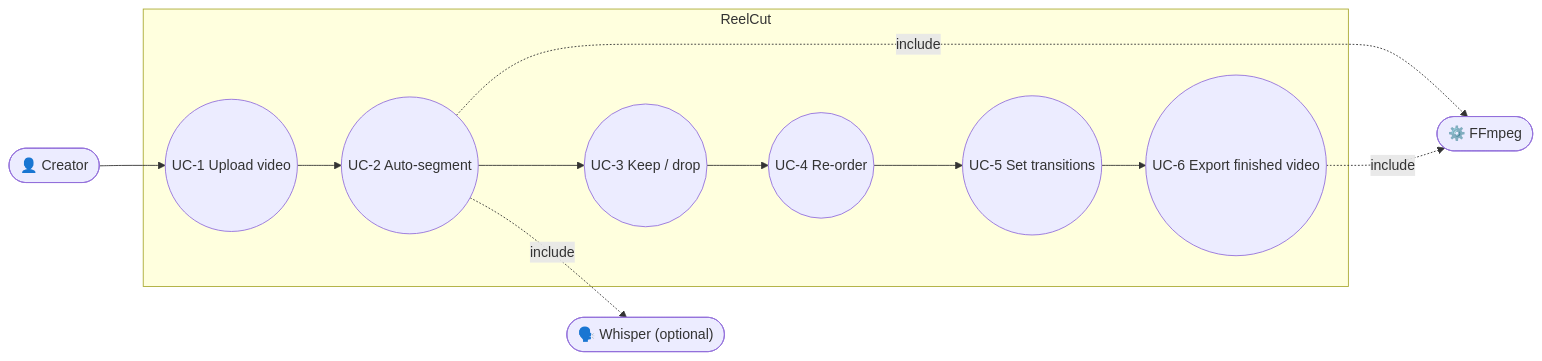
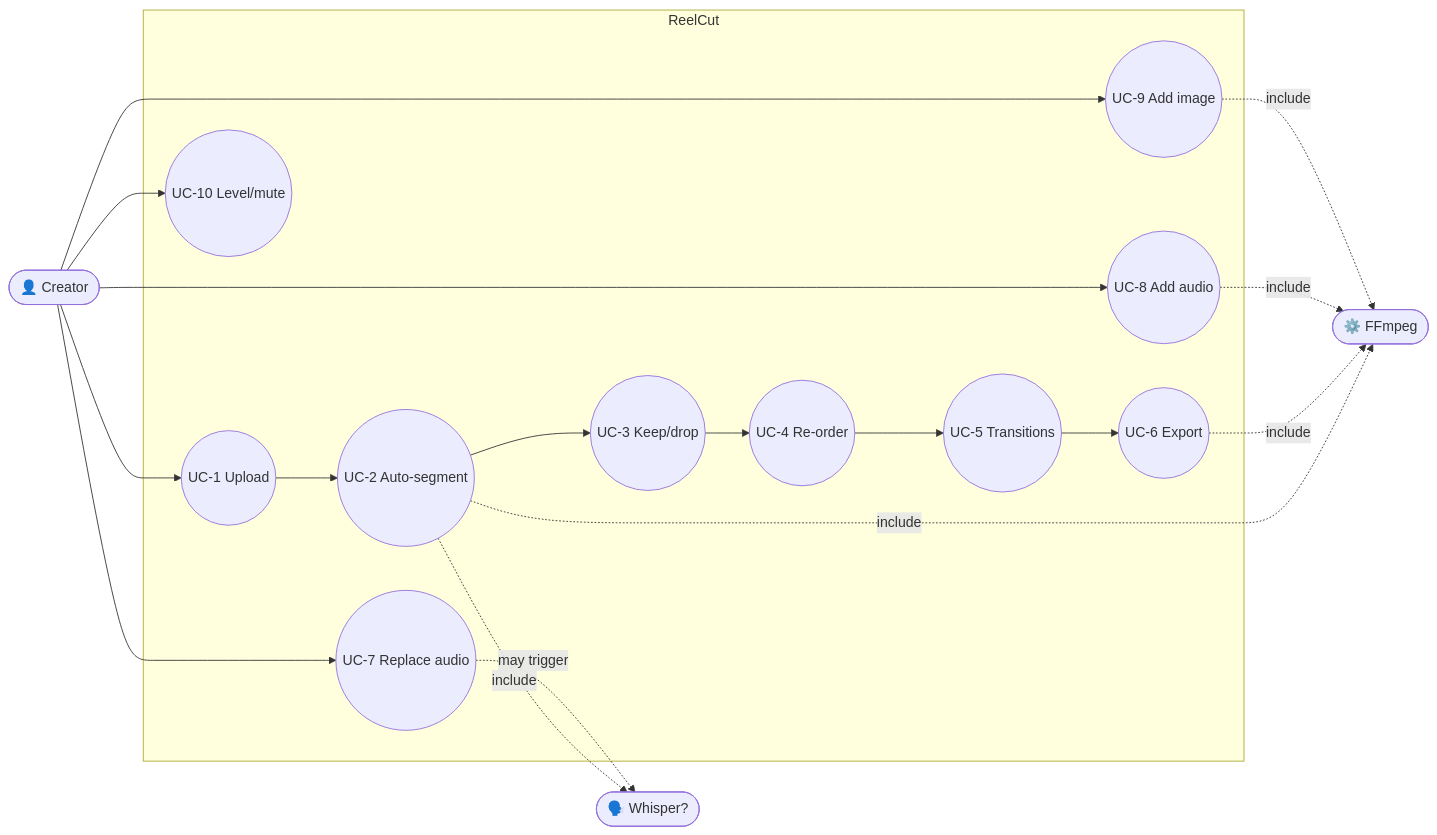
The diagram in reelcut/mbse/02-use-cases.md (KarmaPoliceGitRepo/planets), drawn with Mermaid before and after one commit. The commit also changed other lines of this file and 7 other files, not shown here.

````diff
--- a/reelcut/mbse/02-use-cases.md
+++ b/reelcut/mbse/02-use-cases.md
@@ -10,19 +11,16 @@
 ```mermaid
 flowchart LR
   Creator(["👤 Creator"])
   subgraph ReelCut
-    UC1((UC-1 Upload video))
-    UC2((UC-2 Auto-segment))
-    UC3((UC-3 Keep / drop))
-    UC4((UC-4 Re-order))
-    UC5((UC-5 Set transitions))
-    UC6((UC-6 Export finished video))
+    UC1((UC-1 Upload)); UC2((UC-2 Auto-segment)); UC3((UC-3 Keep/drop))
+    UC4((UC-4 Re-order)); UC5((UC-5 Transitions)); UC6((UC-6 Export))
+    UC7((UC-7 Replace audio)); UC8((UC-8 Add audio))
+    UC9((UC-9 Add image)); UC10((UC-10 Level/mute))
   end
-  FFmpeg(["⚙️ FFmpeg"])
-  Whisper(["🗣️ Whisper (optional)"])
-
+  FFmpeg(["⚙️ FFmpeg"]); Whisper(["🗣️ Whisper?"])
   Creator --> UC1 --> UC2 --> UC3 --> UC4 --> UC5 --> UC6
+  Creator --> UC7 & UC8 & UC9 & UC10
   UC2 -. include .-> Whisper
-  UC2 -. include .-> FFmpeg
-  UC6 -. include .-> FFmpeg
+  UC2 & UC6 & UC8 & UC9 -. include .-> FFmpeg
+  UC7 -. "may trigger" .-> Whisper
 ```
````
